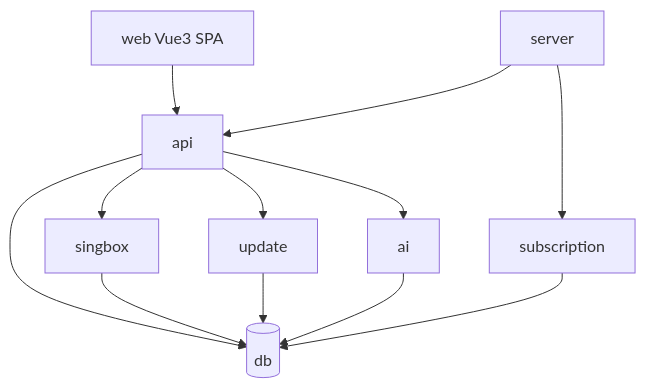
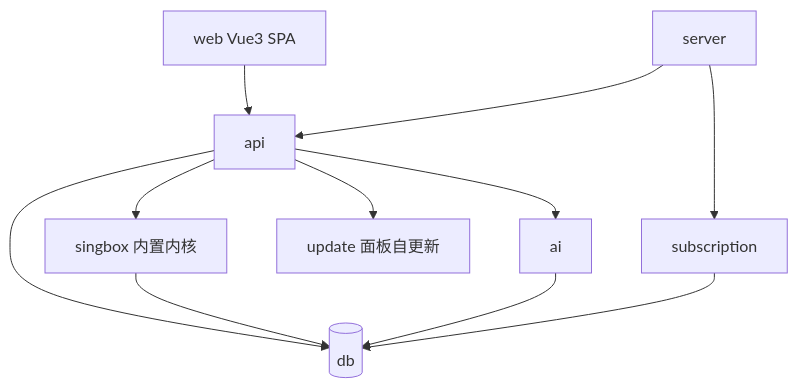
One commit to HodgeWen/proxy-ui changed the diagram in .agents/docs/CODE-MAP.md. Above: the diagram before and after it, drawn with Mermaid. The commit also changed other lines of this file and 86 other files, not shown here.

````diff
--- a/.agents/docs/CODE-MAP.md
+++ b/.agents/docs/CODE-MAP.md
@@ -53,14 +52,13 @@
 ```mermaid
 graph TD
     web[web Vue3 SPA] --> api[api]
     api --> db[(db)]
-    api --> singbox[singbox]
-    api --> update[update]
+    api --> singbox[singbox 内置内核]
+    api --> update[update 面板自更新]
     api --> ai[ai]
     singbox --> db
-    update --> db
     subscription[subscription] --> db
     ai --> db
     server[server] --> api
     server --> subscription
 ```
````
